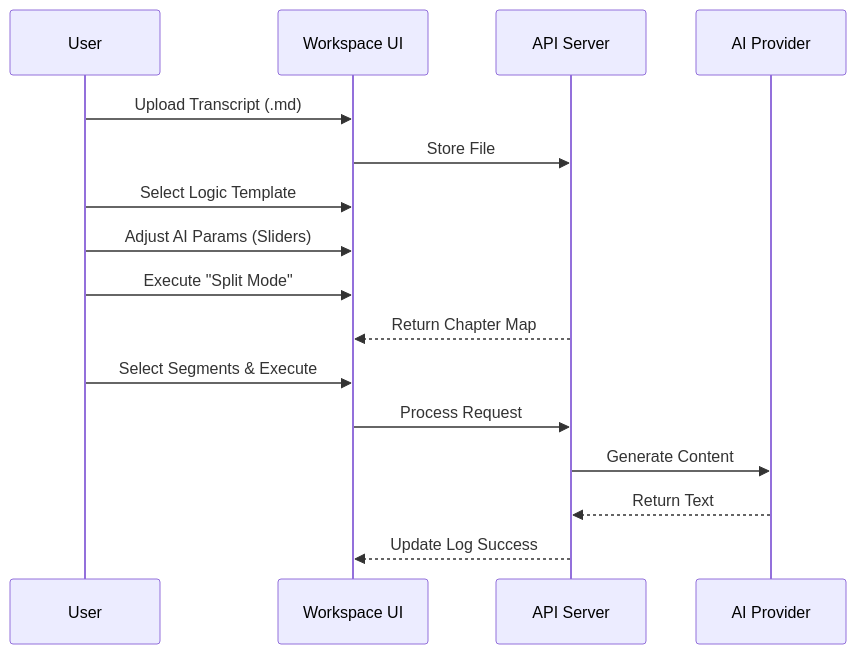
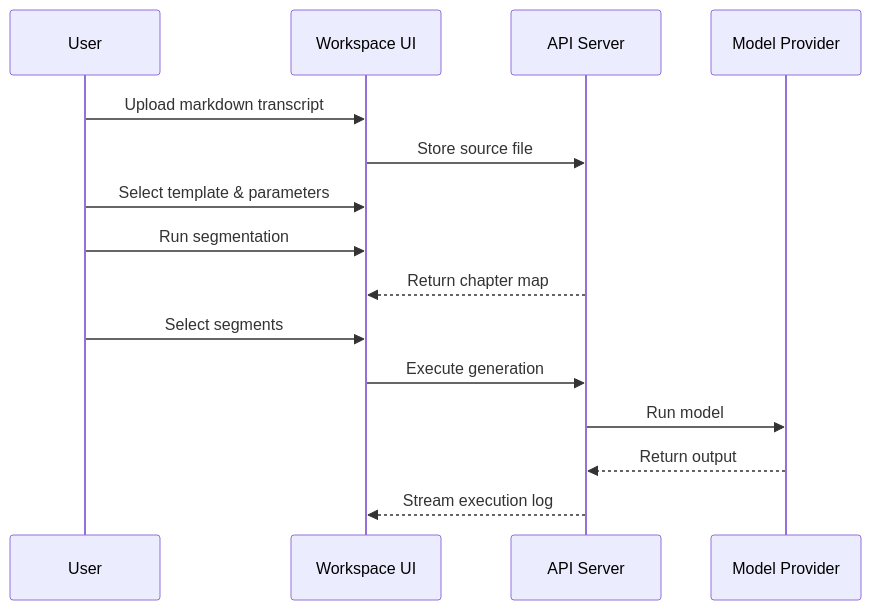
One commit to CagriCatik/Docalypt changed the second of 4 diagrams in README.md. Above: the diagram before and after it, drawn with Mermaid. The commit also changed other lines of this file and 2 other files, not shown here.

````diff
--- a/README.md
+++ b/README.md
@@ -82,19 +140,18 @@
 ```mermaid
 sequenceDiagram
     participant U as User
     participant F as Workspace UI
     participant B as API Server
-    participant A as AI Provider
+    participant A as Model Provider
 
-    U->>F: Upload Transcript (.md)
-    F->>B: Store File
-    U->>F: Select Logic Template
-    U->>F: Adjust AI Params (Sliders)
-    U->>F: Execute "Split Mode"
-    B-->>F: Return Chapter Map
-    U->>F: Select Segments & Execute
-    F->>B: Process Request
-    B->>A: Generate Content
-    A-->>B: Return Text
-    B-->>F: Update Log Success
+    U->>F: Upload markdown transcript
+    F->>B: Store source file
+    U->>F: Select template & parameters
+    U->>F: Run segmentation
+    B-->>F: Return chapter map
+    U->>F: Select segments
+    F->>B: Execute generation
+    B->>A: Run model
+    A-->>B: Return output
+    B-->>F: Stream execution log
 ```
````
